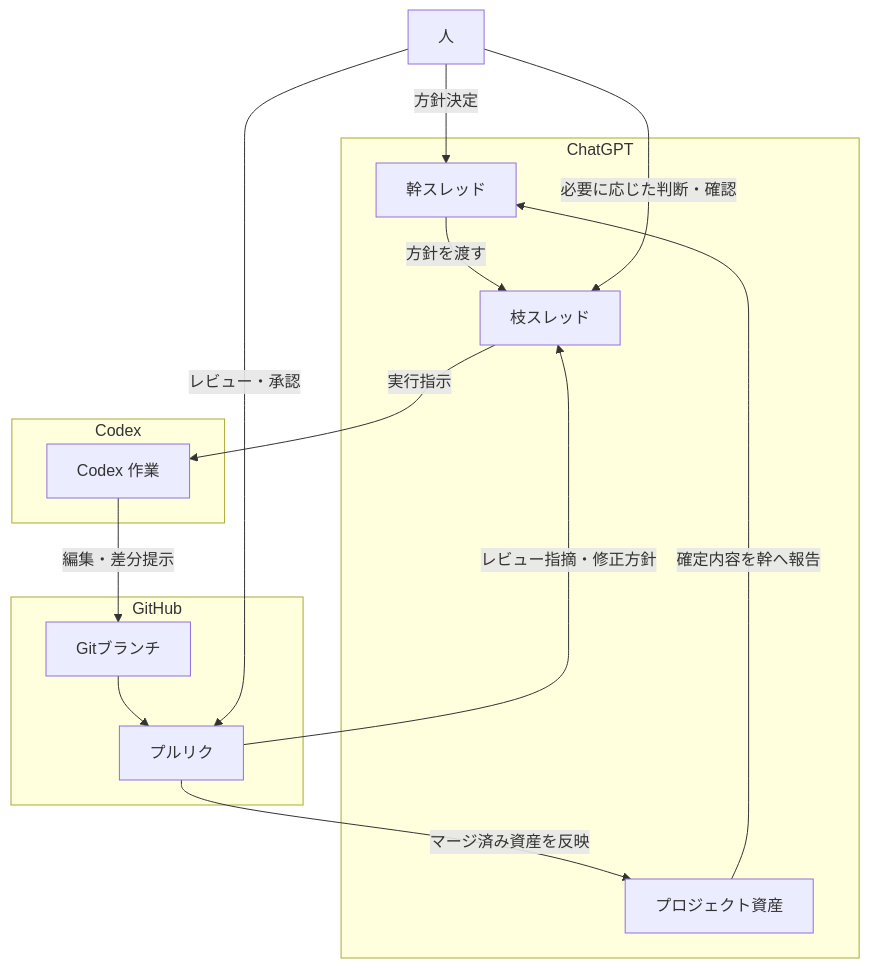
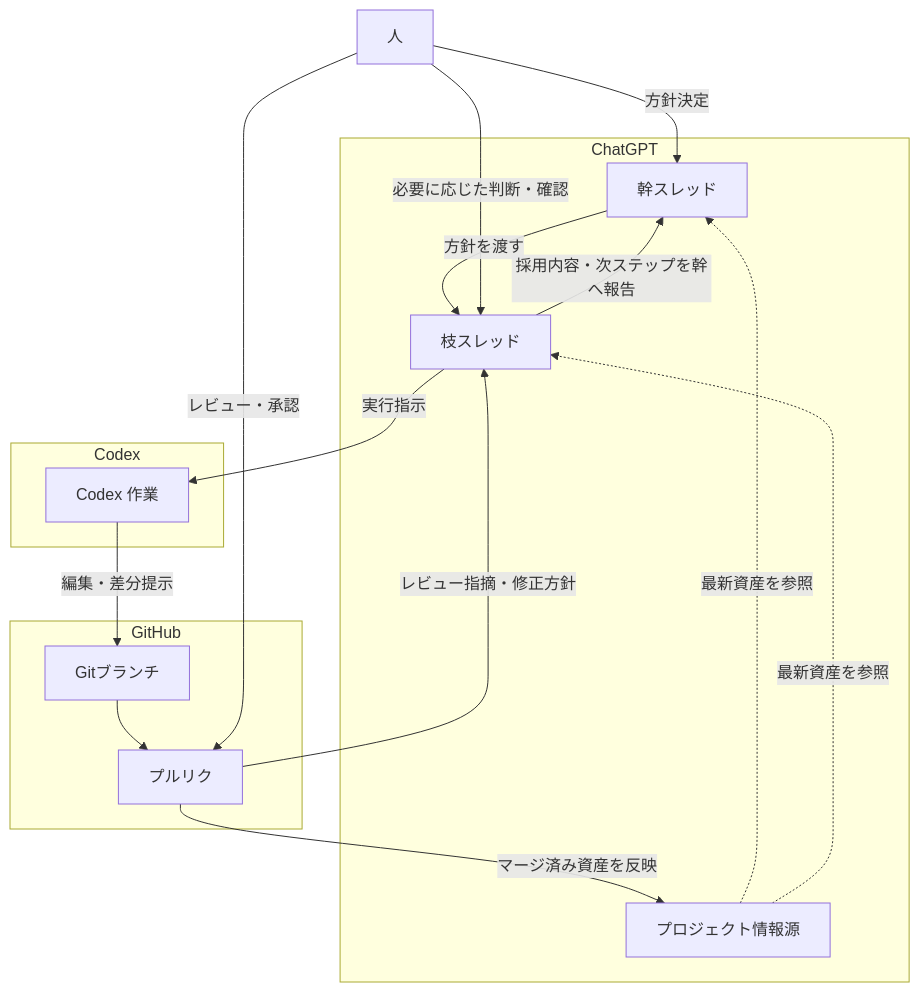
The diagram in docs/diagrams/01_operating_model.md (daisan-chan/chatgpt-codex-playbook), drawn with Mermaid before and after one commit. The commit also changed other lines of this file, not shown here.

Commit message:
Clarify shared information-source role in operating model diagram

````diff
--- a/docs/diagrams/01_operating_model.md
+++ b/docs/diagrams/01_operating_model.md
@@ -5,31 +5,33 @@
 ```mermaid
 flowchart TB
     H[人]
 
     subgraph S1[ChatGPT]
         M[幹スレッド]
         B[枝スレッド]
-        A[プロジェクト資産]
+        A[プロジェクト情報源]
     end
 
     subgraph S2[Codex]
         X[Codex 作業]
     end
 
     subgraph S3[GitHub]
         G[Gitブランチ]
         P[プルリク]
     end
 
     M -->|方針を渡す| B
     B -->|実行指示| X
     X -->|編集・差分提示| G
     G --> P
     P -->|レビュー指摘・修正方針| B
     P -->|マージ済み資産を反映| A
-    A -->|確定内容を幹へ報告| M
+    A -.->|最新資産を参照| M
+    A -.->|最新資産を参照| B
+    B -->|採用内容・次ステップを幹へ報告| M
 
     H -->|方針決定| M
     H -->|必要に応じた判断・確認| B
     H -->|レビュー・承認| P
 ```
````
